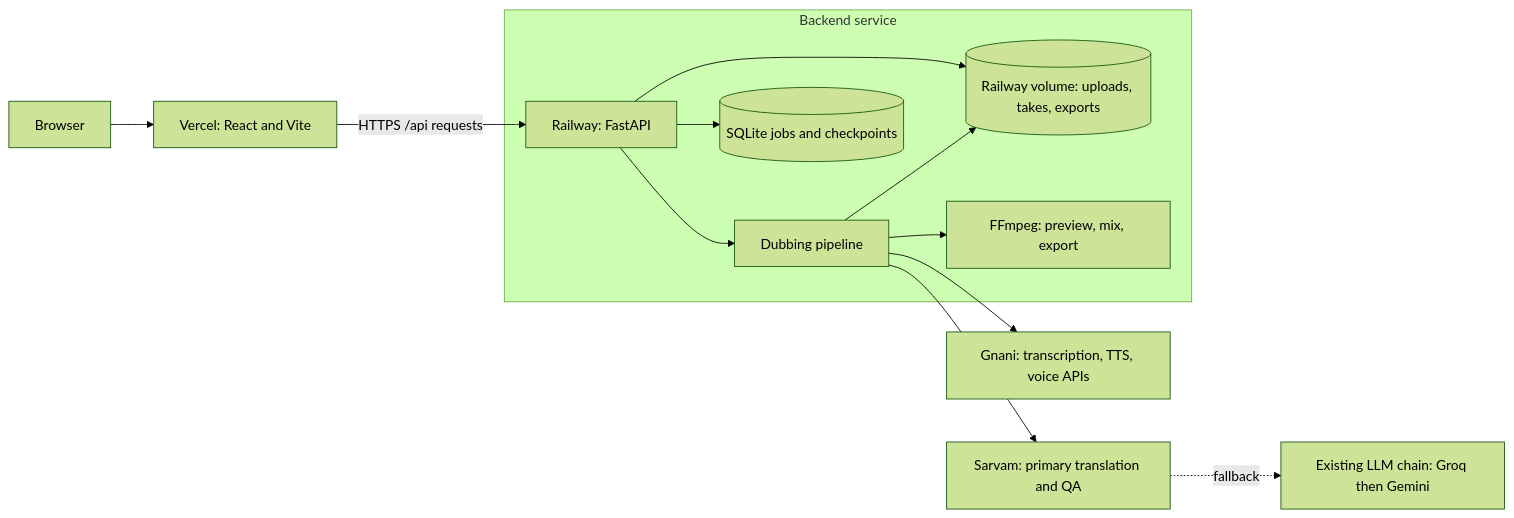
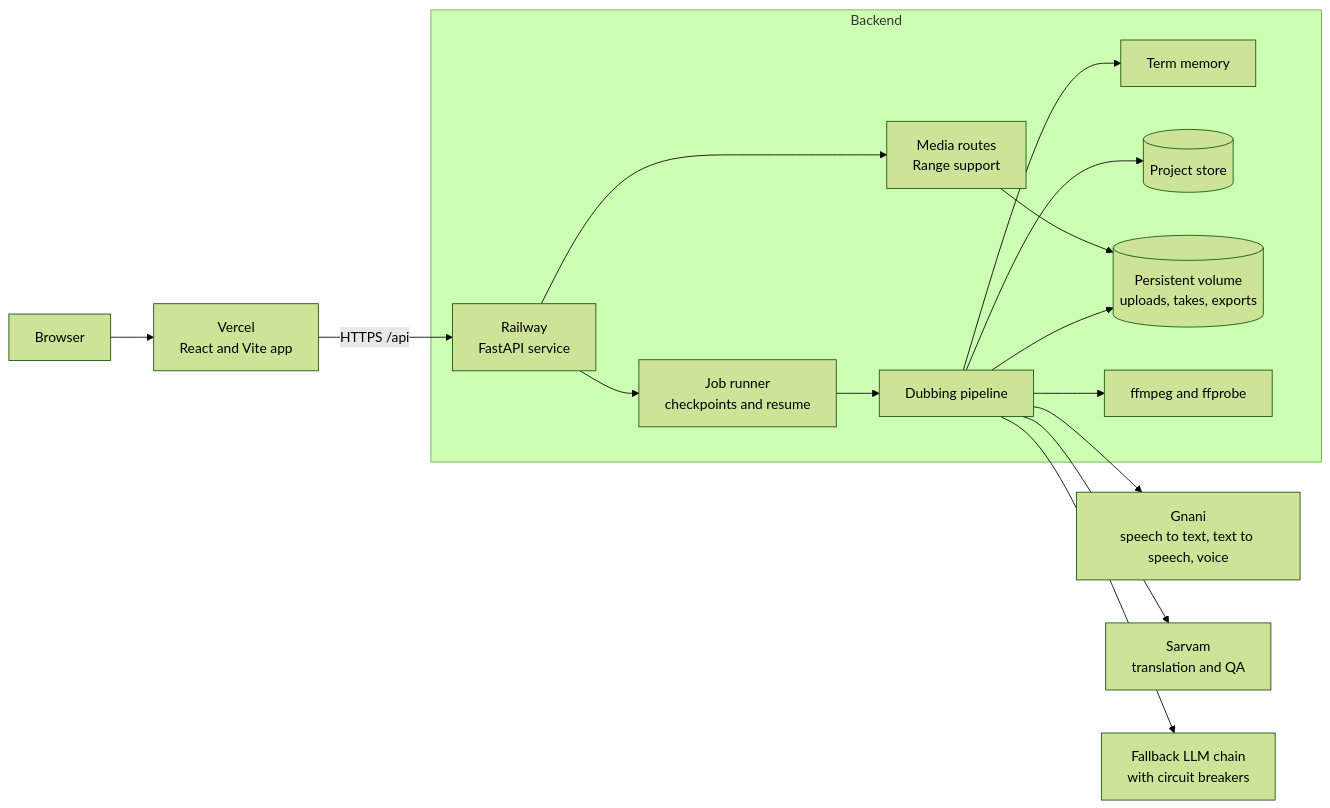
Before and after one commit to Aarti-panchal01/anek: the second of 5 diagrams in README.md, drawn with Mermaid (forest theme). The commit also changed other lines of this file, not shown here.

````diff
--- a/README.md
+++ b/README.md
@@ -66,15 +102,20 @@
 ```mermaid
 flowchart LR
-    Browser --> Vercel["Vercel: React and Vite"]
-    Vercel -->|"HTTPS /api requests"| API["Railway: FastAPI"]
-    subgraph BackendService["Backend service"]
-        API --> Pipeline["Dubbing pipeline"]
-        API --> DB[("SQLite jobs and checkpoints")]
-        API --> Volume[("Railway volume: uploads, takes, exports")]
-        Pipeline --> Volume
-        Pipeline --> FFmpeg["FFmpeg: preview, mix, export"]
+    U[Browser] --> V[Vercel<br/>React and Vite app]
+    V -- "HTTPS /api" --> R[Railway<br/>FastAPI service]
+
+    subgraph Backend
+        R --> J[Job runner<br/>checkpoints and resume]
+        J --> P[Dubbing pipeline]
+        R --> M[Media routes<br/>Range support]
+        P --> T[Term memory]
+        P --> C[(Project store)]
+        P --> S[(Persistent volume<br/>uploads, takes, exports)]
+        P --> F[ffmpeg and ffprobe]
+        M --> S
     end
-    Pipeline --> Gnani["Gnani: transcription, TTS, voice APIs"]
-    Pipeline --> Sarvam["Sarvam: primary translation and QA"]
-    Sarvam -. fallback .-> Legacy["Existing LLM chain: Groq then Gemini"]
+
+    P --> G[Gnani<br/>speech to text, text to speech, voice]
+    P --> SV[Sarvam<br/>translation and QA]
+    P --> L[Fallback LLM chain<br/>with circuit breakers]
 ```
````
